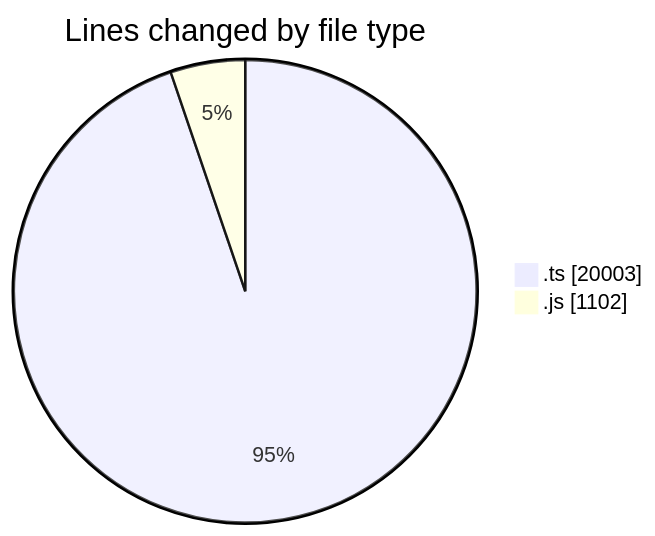
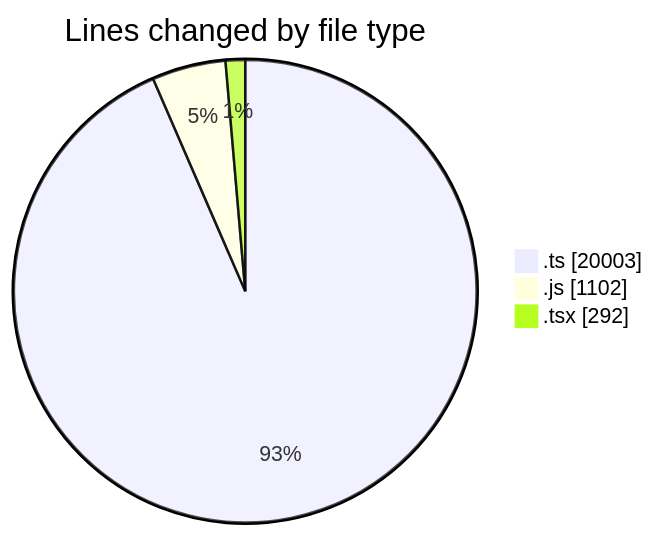
Before and after one commit to momahboobian/code-tracking: the first of 2 diagrams in 2026-10-16/cda/README.md, drawn with Mermaid. The commit also changed other lines of this file and 1 other file, not shown here.

````diff
--- a/2026-10-16/cda/README.md
+++ b/2026-10-16/cda/README.md
@@ -26,6 +27,7 @@
 ```mermaid
 pie showData
 title Lines changed by file type
 ".ts" : 20003
 ".js" : 1102
+".tsx" : 292
 ```
````
